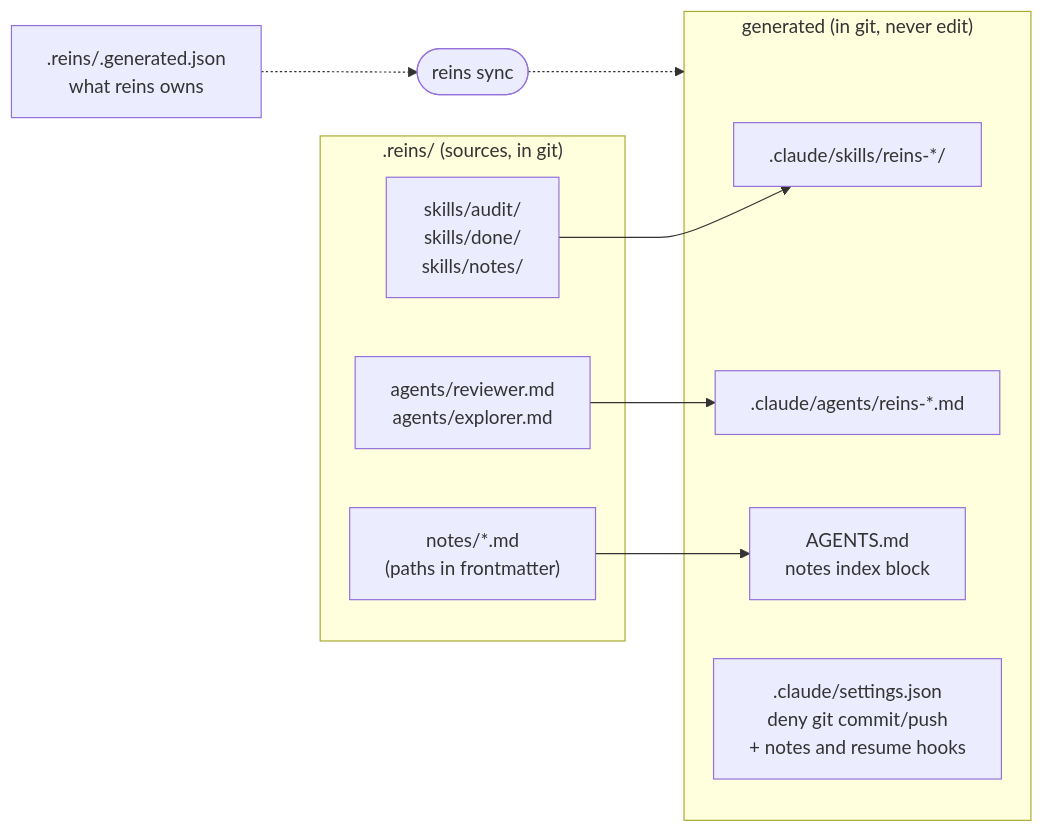
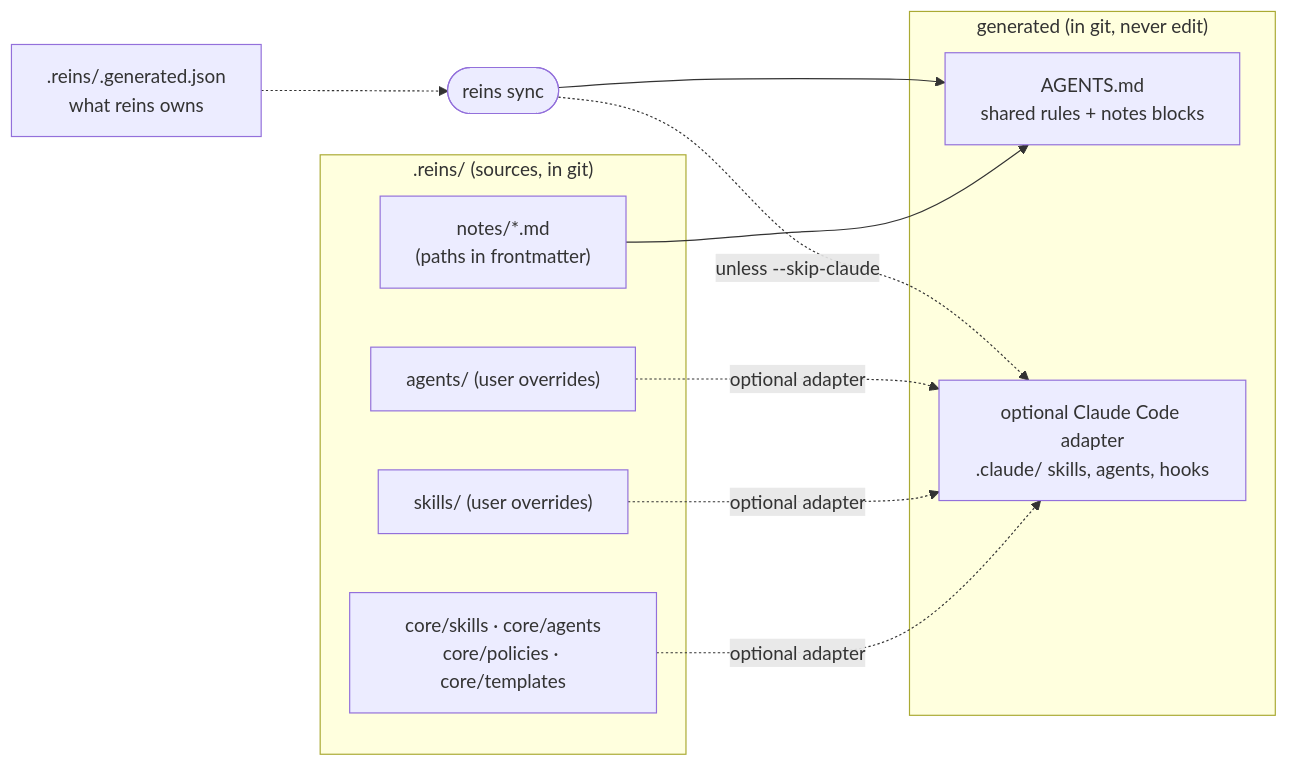
Before and after one commit to fredarcito/reins: diagram 14 of 19 in README.md, drawn with Mermaid. The commit also changed other lines of this file and 78 other files, not shown here.

````diff
--- a/README.md
+++ b/README.md
@@ -625,19 +629,20 @@
 ```mermaid
 flowchart LR
     subgraph src[".reins/ (sources, in git)"]
-        skills["skills/audit/<br/>skills/done/<br/>skills/notes/"]
-        agents["agents/reviewer.md<br/>agents/explorer.md"]
+        core["core/skills · core/agents<br/>core/policies · core/templates"]
+        skills["skills/ (user overrides)"]
+        agents["agents/ (user overrides)"]
         notes["notes/*.md<br/>(paths in frontmatter)"]
     end
     subgraph gen["generated (in git, never edit)"]
-        cskills[".claude/skills/reins-*/"]
-        cagents[".claude/agents/reins-*.md"]
-        index["AGENTS.md<br/>notes index block"]
-        settings[".claude/settings.json<br/>deny git commit/push<br/>+ notes and resume hooks"]
+        index["AGENTS.md<br/>shared rules + notes blocks"]
+        claude["optional Claude Code adapter<br/>.claude/ skills, agents, hooks"]
     end
-    skills --> cskills
-    agents --> cagents
+    core -. optional adapter .-> claude
+    skills -. optional adapter .-> claude
+    agents -. optional adapter .-> claude
     notes --> index
-    sync(["reins sync"]) -.-> gen
+    sync(["reins sync"]) --> index
+    sync -. unless --skip-claude .-> claude
     manifest[".reins/.generated.json<br/>what reins owns"] -.-> sync
 ```
````
